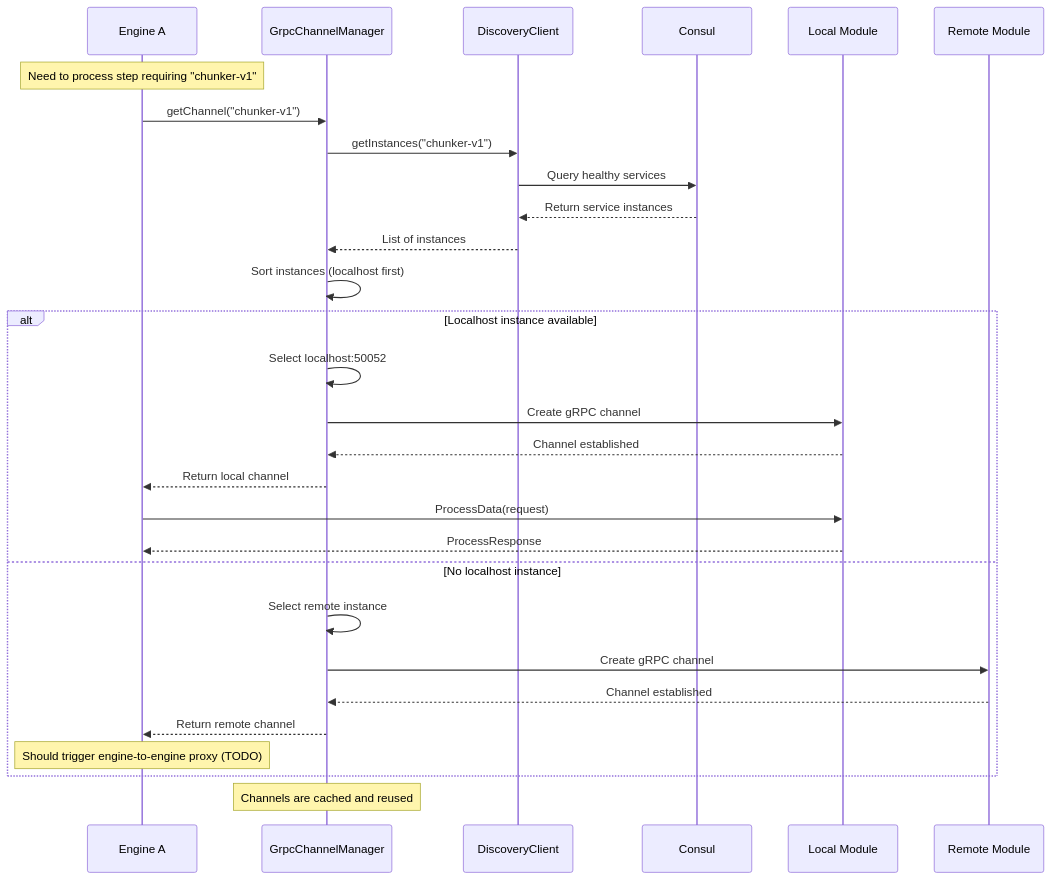
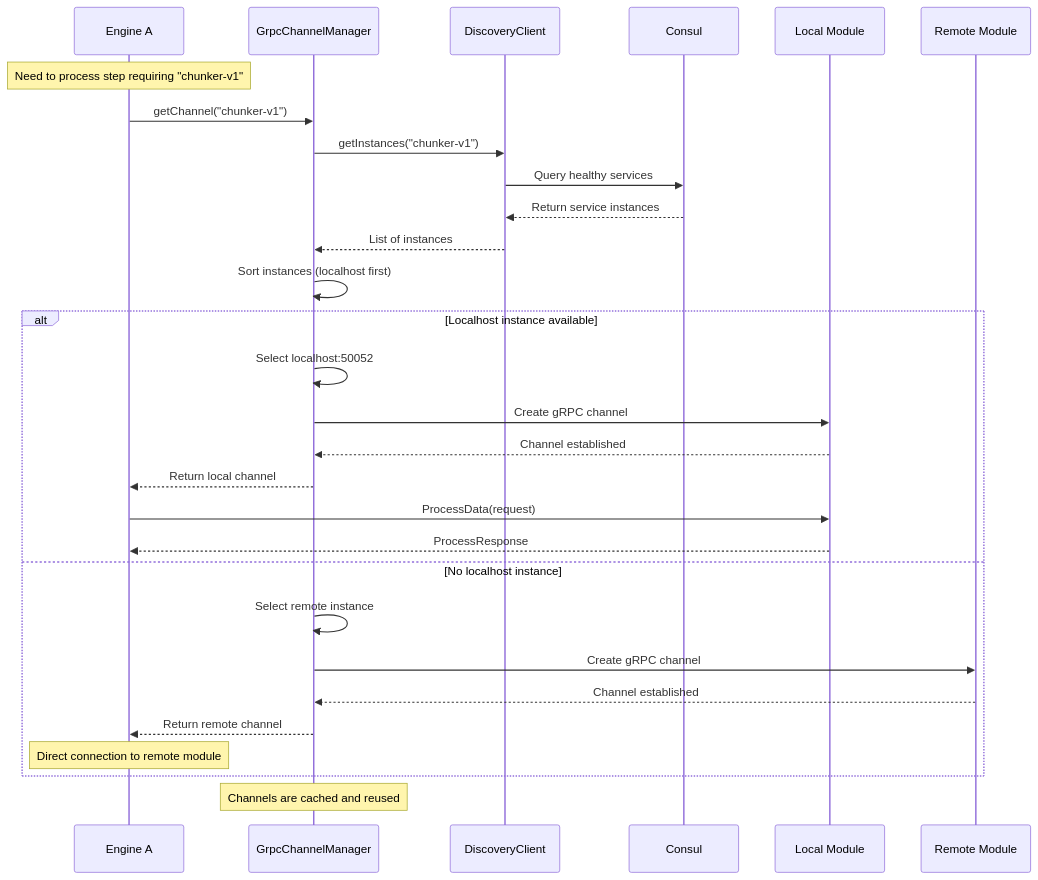
The fourth of 5 diagrams in current_instructions.md (krickert/micronaut-multiproject-example), drawn with Mermaid before and after one commit. The commit also changed other lines of this file and 14 other files, not shown here.

````diff
--- a/current_instructions.md
+++ b/current_instructions.md
@@ -323,36 +324,36 @@
 ```mermaid
 sequenceDiagram
     participant Engine as Engine A
     participant GCM as GrpcChannelManager
     participant DC as DiscoveryClient
     participant Consul as Consul
     participant LM as Local Module
     participant RM as Remote Module
     
     Note over Engine: Need to process step requiring "chunker-v1"
     
     Engine->>GCM: getChannel("chunker-v1")
     GCM->>DC: getInstances("chunker-v1")
     DC->>Consul: Query healthy services
     Consul-->>DC: Return service instances
     DC-->>GCM: List of instances
     
     GCM->>GCM: Sort instances (localhost first)
     
     alt Localhost instance available
         GCM->>GCM: Select localhost:50052
         GCM->>LM: Create gRPC channel
         LM-->>GCM: Channel established
         GCM-->>Engine: Return local channel
         Engine->>LM: ProcessData(request)
         LM-->>Engine: ProcessResponse
     else No localhost instance
         GCM->>GCM: Select remote instance
         GCM->>RM: Create gRPC channel
         RM-->>GCM: Channel established
         GCM-->>Engine: Return remote channel
-        Note over Engine: Should trigger engine-to-engine proxy (TODO)
+        Note over Engine: Direct connection to remote module
     end
     
     Note over GCM: Channels are cached and reused
 ```
````
